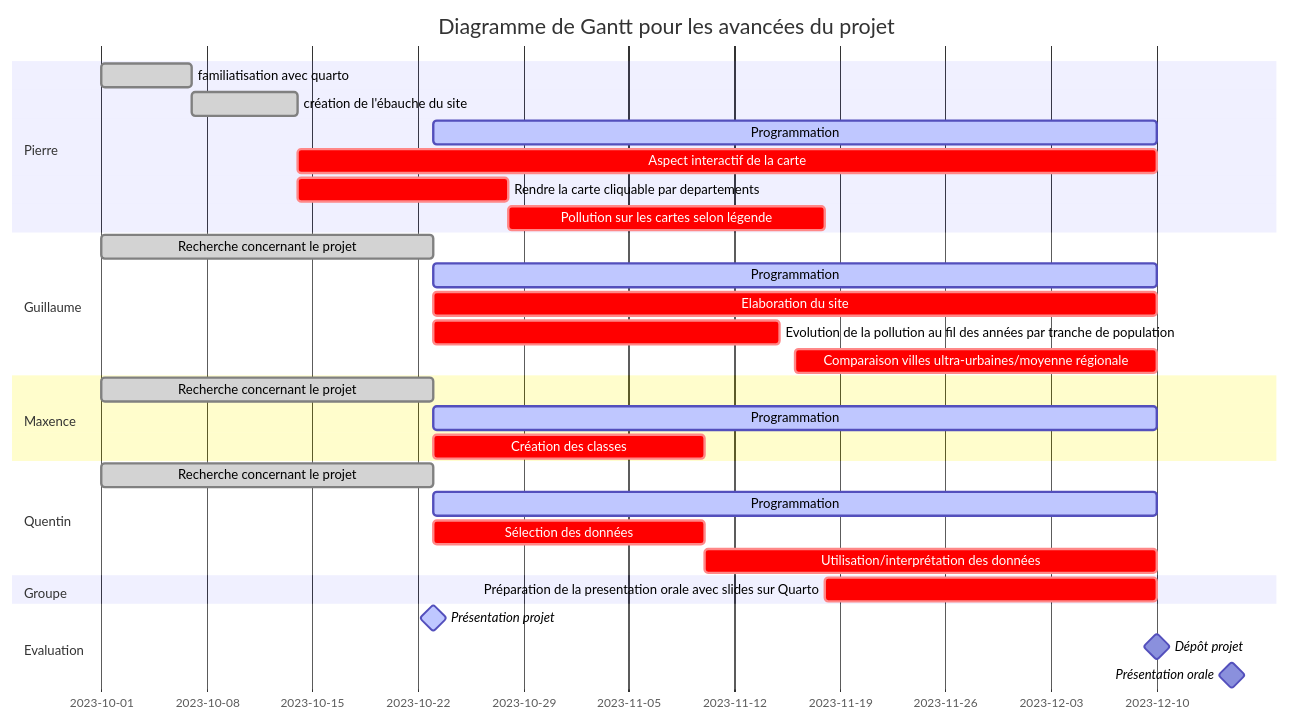
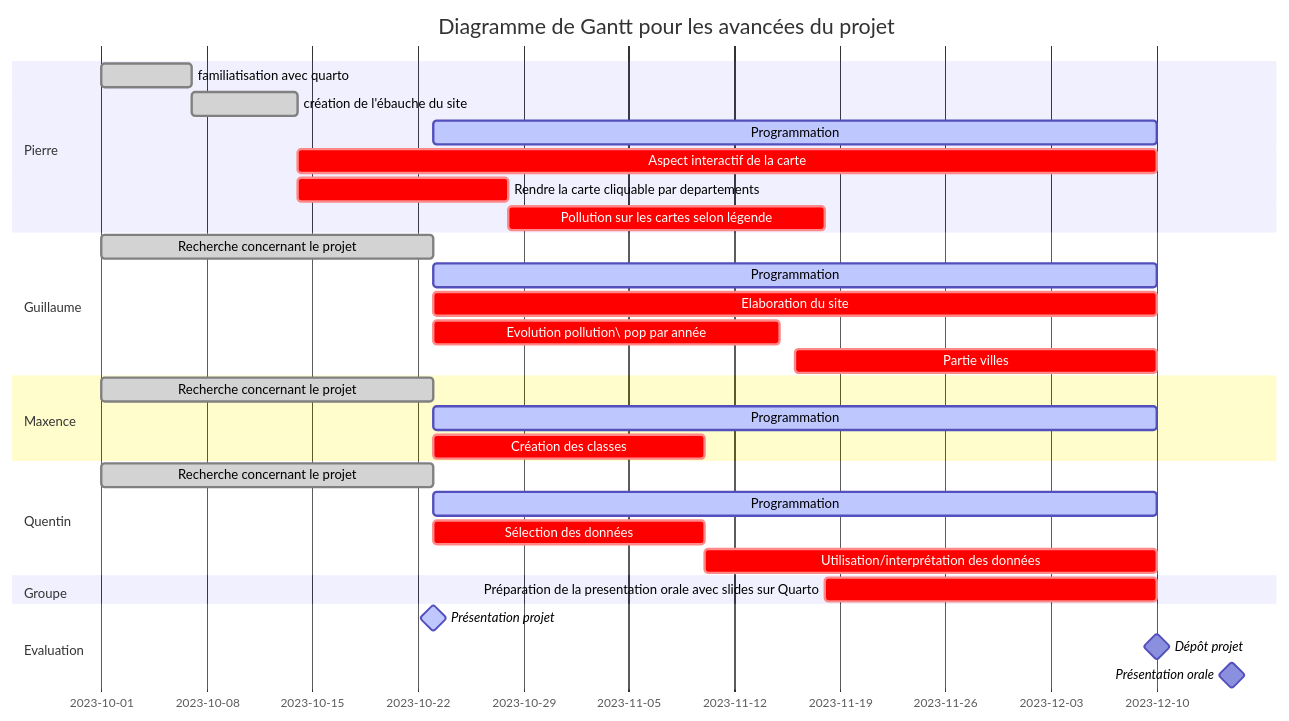
The diagram in roadmap/README.qmd (guibouland/GroupProject), drawn with Mermaid before and after one commit. The commit also changed 1 other file, not shown here.

Commit message:
raccourci titres aprties gantt

````diff
--- a/roadmap/README.qmd
+++ b/roadmap/README.qmd
@@ -29,40 +29,40 @@
 ```{mermaid}
     gantt
         dateFormat YYYY-MM-DD
         title Diagramme de Gantt pour les avancées du projet
         
         %% Ceci est provisoire
         section Pierre
             familiatisation avec quarto  : done,     2023-10-01, 2023-10-07
             création de l'ébauche du site : done,   2023-10-07, 2023-10-14
             Programmation : active,         2023-10-23, 2023-12-10
             Aspect interactif de la carte : crit,         2023-10-14, 2023-12-10
             Rendre la carte cliquable par departements : crit,  2023-10-14, 2023-10-28
             Pollution sur les cartes selon légende : crit, 2023-10-28, 2023-11-18
             
         section Guillaume
             Recherche concernant le projet  : done,     2023-10-01, 2023-10-23
             Programmation : active,         2023-10-23, 2023-12-10
             Elaboration du site : crit,         2023-10-23, 2023-12-10
-            Evolution de la pollution au fil des années par tranche de population: crit,    2023-10-23, 2023-11-15
-            Comparaison villes ultra-urbaines/moyenne régionale: crit,  2023-11-16, 2023-12-10
+            Evolution pollution\ pop par année: crit,    2023-10-23, 2023-11-15
+            Partie villes: crit,  2023-11-16, 2023-12-10
             
         section Maxence
             Recherche concernant le projet : done,     2023-10-01, 2023-10-23
             Programmation : active,         2023-10-23, 2023-12-10
             Création des classes : crit,         2023-10-23, 2023-11-10
             
         section Quentin
             Recherche concernant le projet : done,     2023-10-01, 2023-10-23
             Programmation : active,         2023-10-23, 2023-12-10
             Sélection des données : crit,         2023-10-23, 2023-11-10
             Utilisation/interprétation des données : crit,         2023-11-10, 2023-12-10
         section Groupe
             Préparation de la presentation orale avec slides sur Quarto : crit, 2023-11-18, 2023-12-10
         
         section Evaluation
             Présentation projet : active, milestone,     2023-10-23, 2023-10-23
             Dépôt projet : milestone,     2023-12-10, 2023-12-10
             Présentation orale : milestone,     2023-12-15, 2023-12-15
 
 ```
````
